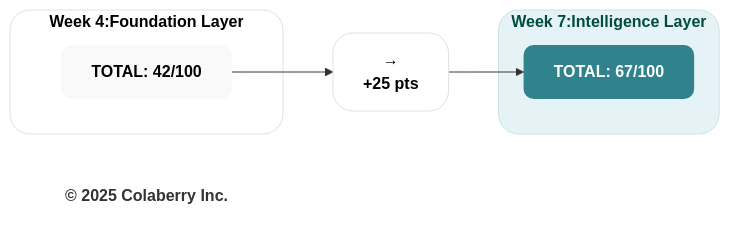
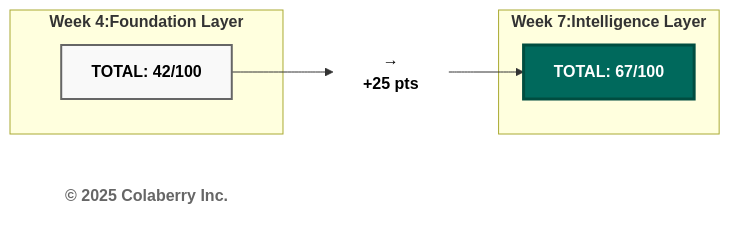
One commit to saitejesh-cyber/trust-before-intelligence-book changed diagram 12 of 13 in manuscript/06_chapter_5_intelligence_layers.md. Above: the diagram before and after it, drawn with Mermaid. The commit also changed other lines of this file and 12 other files, not shown here.

Commit message:
Restore legacy Mermaid styles for Option 1

````diff
--- a/manuscript/06_chapter_5_intelligence_layers.md
+++ b/manuscript/06_chapter_5_intelligence_layers.md
@@ -1143,24 +1132,22 @@
 ```mermaid
 graph LR
-    subgraph WEEK4["<b>Week 4:Foundation Layer</b>"]
+    subgraph "<b>Week 4:Foundation Layer</b>"
         W4_TOTAL["<b>TOTAL: 42/100</b>"]
     end
     
     ARROW["<b>→</b><br/><b>+25 pts</b>"]
     
-    subgraph WEEK7["<b>Week 7:Intelligence Layer</b>"]
+    subgraph "<b>Week 7:Intelligence Layer</b>"
         W7_TOTAL["<b>TOTAL: 67/100</b>"]
     end
     
     Copyright["<b>© 2025 Colaberry Inc.</b>"]
     
     W4_TOTAL --> ARROW
     ARROW --> W7_TOTAL
     
-    style W4_TOTAL fill:#f9f9f9,stroke:none,color:#000000,rx:10,ry:10
-    style ARROW fill:#ffffff,stroke:#e0e0e0,stroke-width:1px,color:#000000,rx:20,ry:20
-    style W7_TOTAL fill:#30838C,stroke:none,color:#ffffff,rx:10,ry:10
-    style WEEK4 fill:#ffffff,stroke:#e0e0e0,stroke-width:1px,color:#000000,rx:20,ry:20
-    style WEEK7 fill:#e6f3f6,stroke:#c7e3ea,stroke-width:1px,color:#004d40,rx:20,ry:20
-    style Copyright fill:none,stroke:none,color:#333333
+    style W4_TOTAL fill:#f9f9f9,stroke:#666666,stroke-width:2px,color:#000000
+    style ARROW fill:#ffffff,stroke:none,color:#000000
+    style W7_TOTAL fill:#00695c,color:#ffffff,stroke:#004d40,stroke-width:3px
+    style Copyright fill:#ffffff,stroke:none,color:#666666
 ```
````
